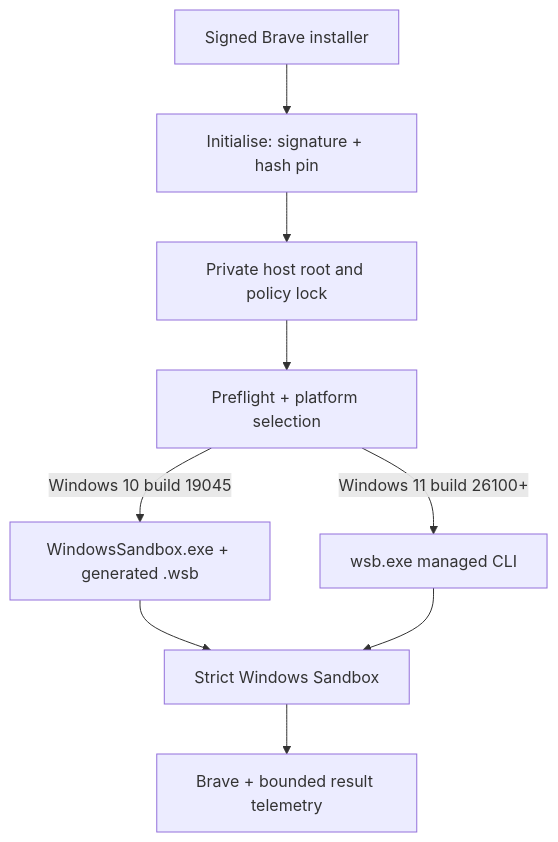
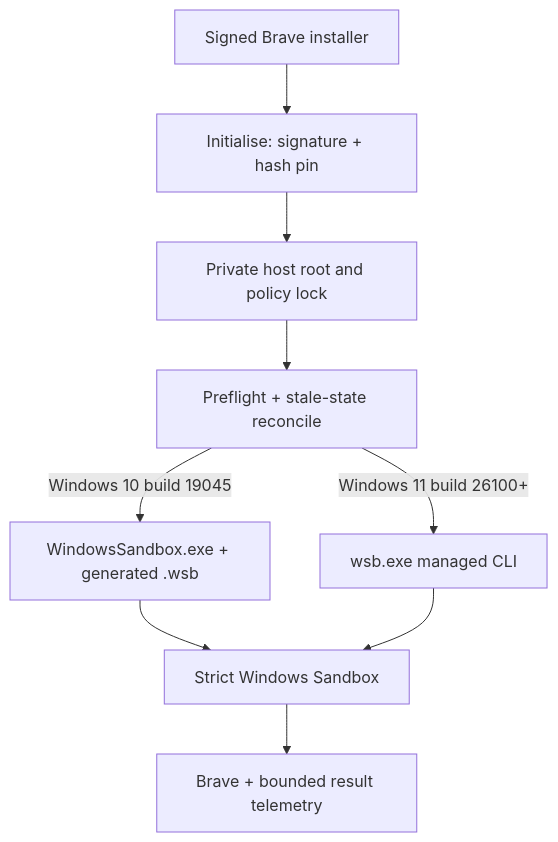
Before and after one commit to kunalwagh101/sandbox: the diagram in docs/ARCHITECTURE.md, drawn with Mermaid. The commit also changed other lines of this file and 9 other files, not shown here.

````diff
--- a/docs/ARCHITECTURE.md
+++ b/docs/ARCHITECTURE.md
@@ -46,11 +48,11 @@
 ```mermaid
 flowchart TD
     A["Signed Brave installer"] --> B["Initialise: signature + hash pin"]
     B --> C["Private host root and policy lock"]
-    C --> D["Preflight + platform selection"]
+    C --> D["Preflight + stale-state reconcile"]
     D -->|Windows 10 build 19045| E["WindowsSandbox.exe + generated .wsb"]
     D -->|Windows 11 build 26100+| F["wsb.exe managed CLI"]
     E --> G["Strict Windows Sandbox"]
     F --> G
     G --> H["Brave + bounded result telemetry"]
 ```
````
